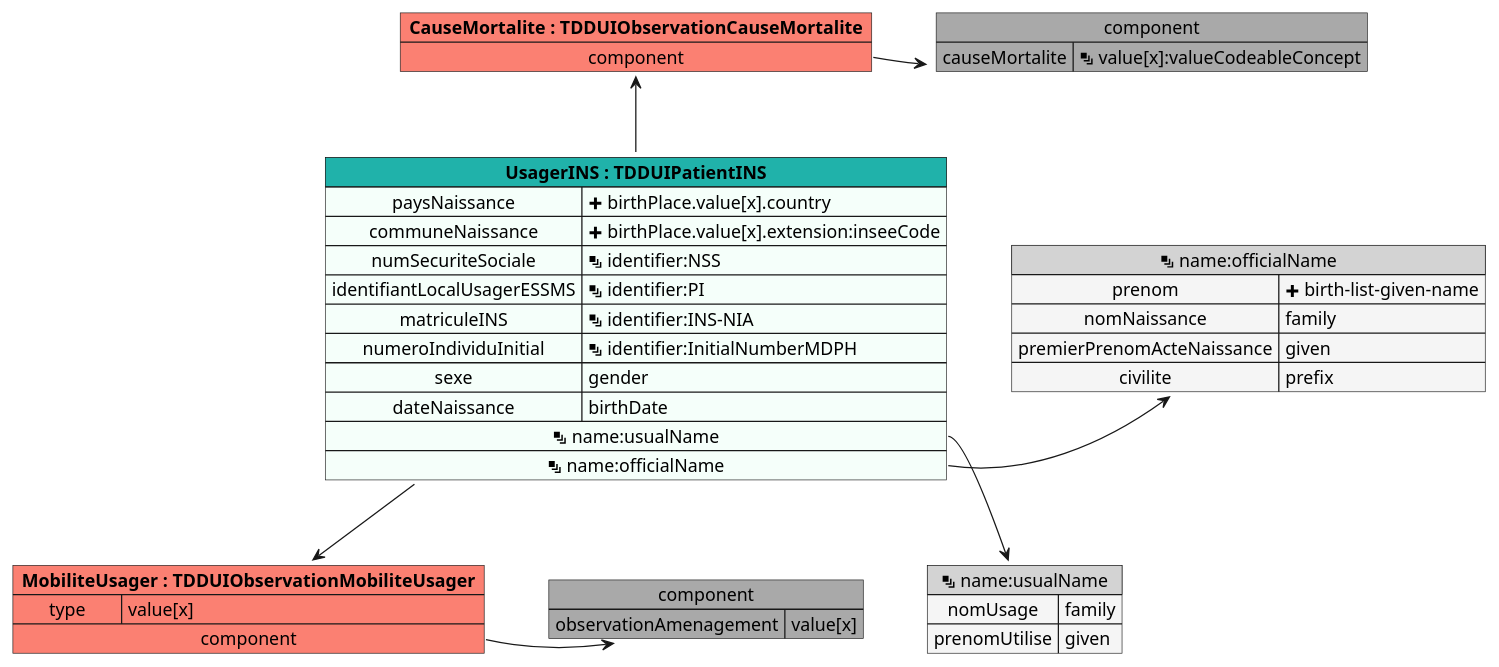
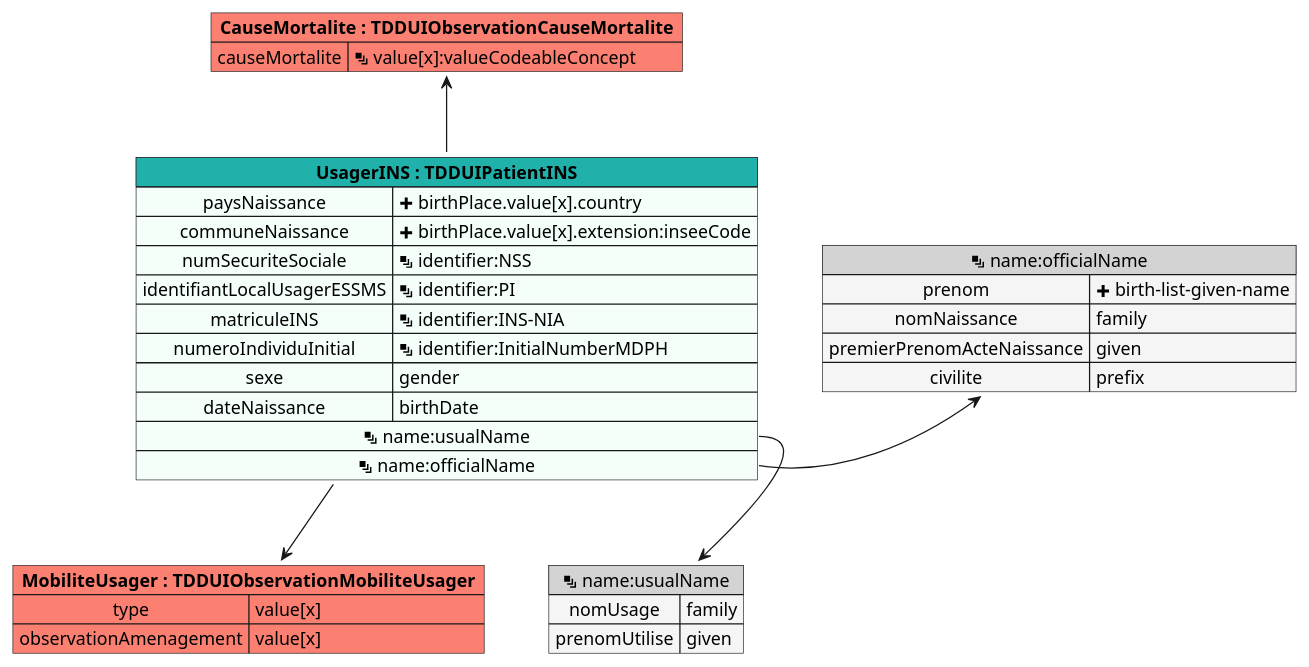
The diagram in input/images-source/mapping_TDDUIPatientINS.plantuml (ansforge/IG-fhir-medicosocial-transfert-donnees-dui), drawn with PlantUML before and after one commit. The commit also changed 3 other files, not shown here.

```diff
--- a/input/images-source/mapping_TDDUIPatientINS.plantuml
+++ b/input/images-source/mapping_TDDUIPatientINS.plantuml
@@ -1,51 +1,43 @@
 @startuml
 
 map "<&layers> name:usualName" as nameusualName #back:WhiteSmoke;header:LightGray {
     nomUsage => family
     prenomUtilise => given
 }
 
 map "<&layers> name:officialName" as nameofficialName #back:WhiteSmoke;header:LightGray {
     prenom => <&plus> birth-list-given-name
     nomNaissance => family
     premierPrenomActeNaissance => given
     civilite => prefix
 }
 
 map "**UsagerINS : TDDUIPatientINS**" as UsagerINS #back:MintCream;header:LightSeaGreen {
     paysNaissance => <&plus> birthPlace.value[x].country
     communeNaissance => <&plus> birthPlace.value[x].extension:inseeCode
     numSecuriteSociale => <&layers> identifier:NSS
     identifiantLocalUsagerESSMS => <&layers> identifier:PI
     matriculeINS => <&layers> identifier:INS-NIR
     matriculeINS => <&layers> identifier:INS-NIA
     numeroIndividuInitial => <&layers> identifier:InitialNumberMDPH
     sexe => gender
     dateNaissance => birthDate
     <&layers> name:usualName *--> nameusualName
     <&layers> name:officialName *-> nameofficialName
 }
 
-map "component" as component #DarkGray {
+map "**CauseMortalite : TDDUIObservationCauseMortalite**" as CauseMortalite #fb8072 {
     causeMortalite => <&layers> value[x]:valueCodeableConcept
-}
-
-map "**CauseMortalite : TDDUIObservationCauseMortalite**" as CauseMortalite #fb8072 {
-    component *-> component
-}
-
-map "component" as componentMobilite #DarkGray {
-    observationAmenagement => value[x]
 }
 
 map "**MobiliteUsager : TDDUIObservationMobiliteUsager**" as MobiliteUsager #fb8072 {
     type => value[x]
-    component *-> componentMobilite
+    observationAmenagement => value[x]
 }
 
 UsagerINS -u-> CauseMortalite
 UsagerINS --> MobiliteUsager
 
 
 
 @enduml
```
